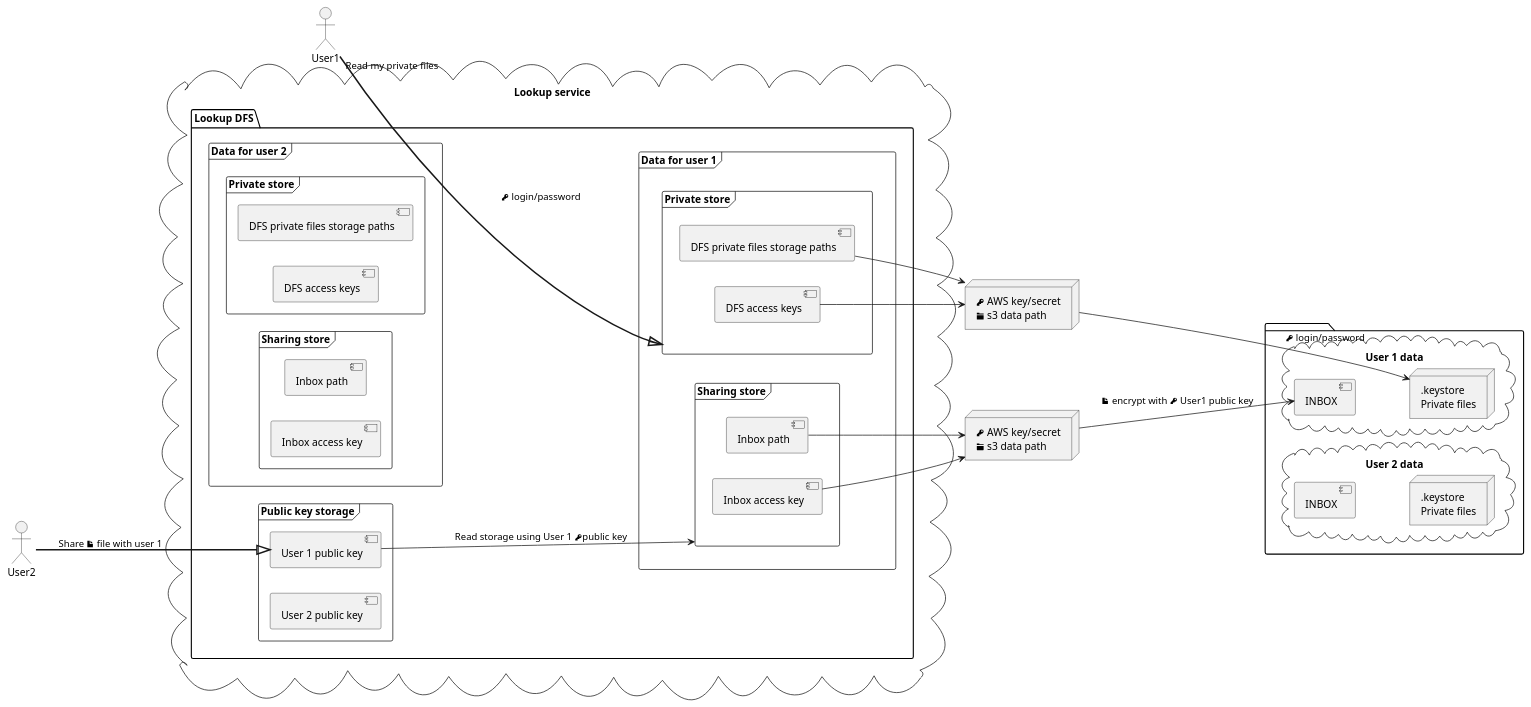
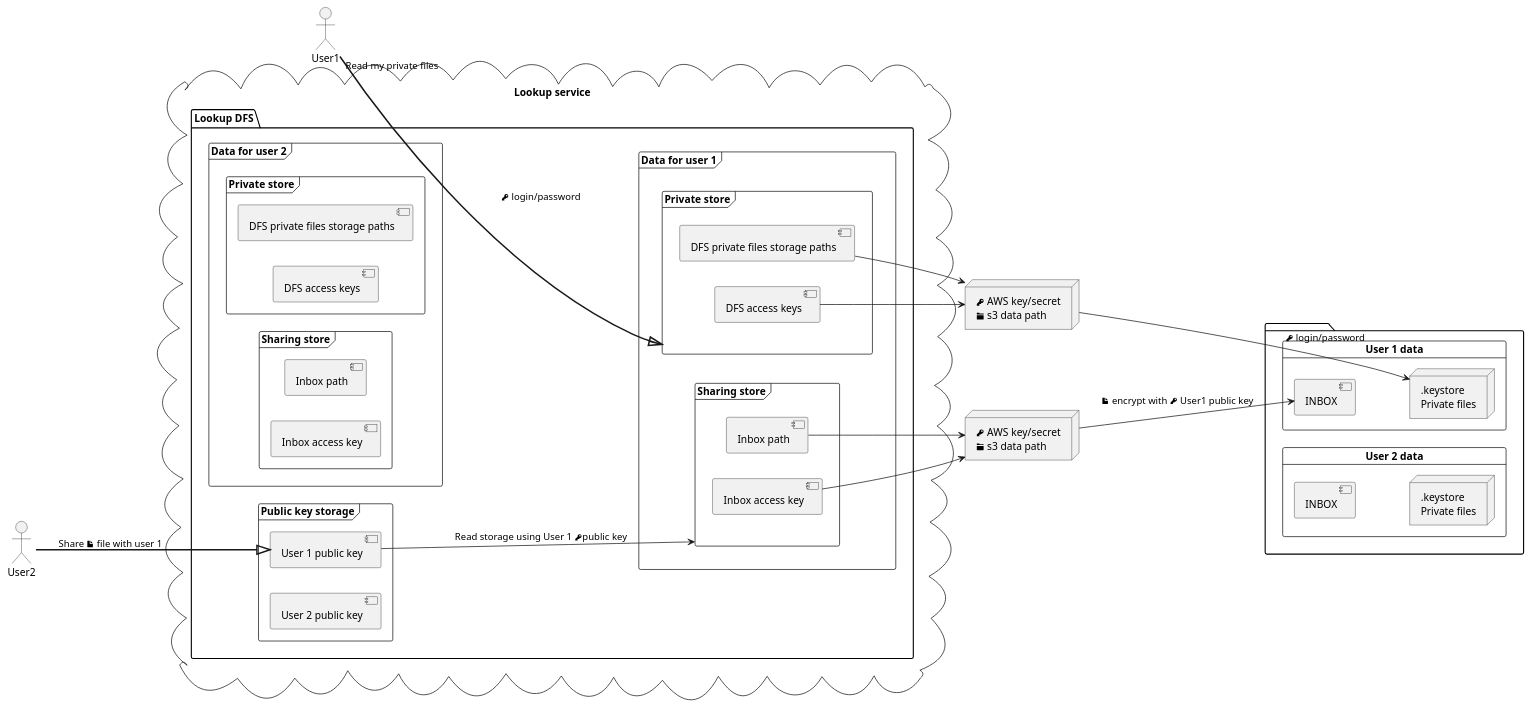
Before and after one commit to valb3r/docusafe: the diagram in diagrams/generic_view.puml, drawn with PlantUML. The commit also changed 1 other file, not shown here.

```diff
--- a/diagrams/generic_view.puml
+++ b/diagrams/generic_view.puml
@@ -1,82 +1,82 @@
 @startuml
 cloud "Lookup service" {
   package "Lookup DFS" {
   left to right direction
     frame "Data for user 1" {
 
       frame "Private store" as privateStoreUser1 {
         [DFS private files storage paths] as mapPrivate1
         [DFS access keys] as privateAccessKey1
       }
 
       frame "Sharing store" as sharingStoreUser1 {
         [Inbox path] as mapInbox1
         [Inbox access key] as publicAccessKey1
       }
     }
 
     frame "Data for user 2" {
 
       frame "Private store" as privateStoreUser2 {
         [DFS private files storage paths] as mapPrivate2
         [DFS access keys] as privateAccessKey2
       }
 
       frame "Sharing store" as sharingStoreUser2 {
         [Inbox path] as mapInbox2
         [Inbox access key] as publicAccessKey2
       }
     }
 
     frame "Public key storage" {
       left to right direction
       [User 1 public key] as user1publicKey
       [User 2 public key] as user2publicKey
     }
   }
 }
 
 package {
-  cloud "User 1 data" as User1data {
+  card "User 1 data" as User1data {
     [INBOX] as inboxUsr1
     node filesUsr1 [
       .keystore
       Private files
     ]
     inboxUsr1  ..[hidden] filesUsr1
   }
 
-  cloud "User 2 data" as User2data {
+  card "User 2 data" as User2data {
     [INBOX] as inboxUsr2
     node filesUsr2 [
       .keystore
       Private files
     ]
     inboxUsr2  ..[hidden] filesUsr2
   }
 }
 
 actor User1 as user1
 node user1privateFilesAccess [
 <&key> AWS key/secret
 <&folder> s3 data path
 ]
 
 user1 ==^ privateStoreUser1 : "Read my private files" <&key> login/password
 mapPrivate1 --> user1privateFilesAccess
 privateAccessKey1 --> user1privateFilesAccess
 user1privateFilesAccess --> filesUsr1 :  <&key> login/password
 
 actor User2 as user2
 node user2shareFilesAccess [
 <&key> AWS key/secret
 <&folder> s3 data path
 ]
 
 user2 ==^ user1publicKey : Share <&file> file with user 1
 user1publicKey --> sharingStoreUser1 : Read storage using User 1 <&key>public key
 mapInbox1 --> user2shareFilesAccess
 publicAccessKey1 --> user2shareFilesAccess
 user2shareFilesAccess --> inboxUsr1 : <&file> encrypt with <&key> User1 public key
 
 @enduml
```
